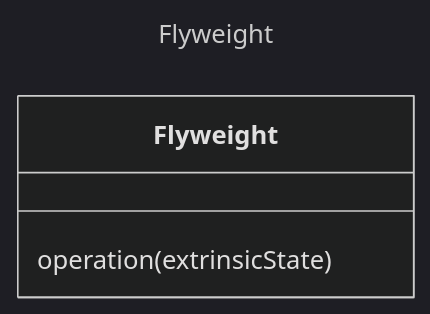
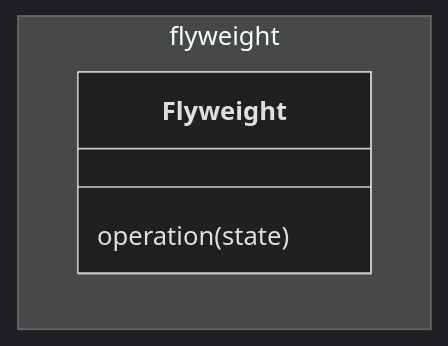
One commit to mtrigueira/JGoF changed the diagram in src/main/java/org/example/gof/structure/flyweight/Flyweight.md. Above: the diagram before and after it, drawn with Mermaid (dark theme). The commit also changed other lines of this file and 2 other files, not shown here.

Commit message:
Edit Flyweight.md add related patterns, move example class from test.

````diff
--- a/src/main/java/org/example/gof/structure/flyweight/Flyweight.md
+++ b/src/main/java/org/example/gof/structure/flyweight/Flyweight.md
@@ -1,9 +3,9 @@
 ```mermaid
----
-title: Flyweight
----
 classDiagram
-    class Flyweight {
-        operation(extrinsicState)
+    namespace flyweight {
+        class Flyweight {
+            operation(state)
+        }
     }
+
 ```
````
